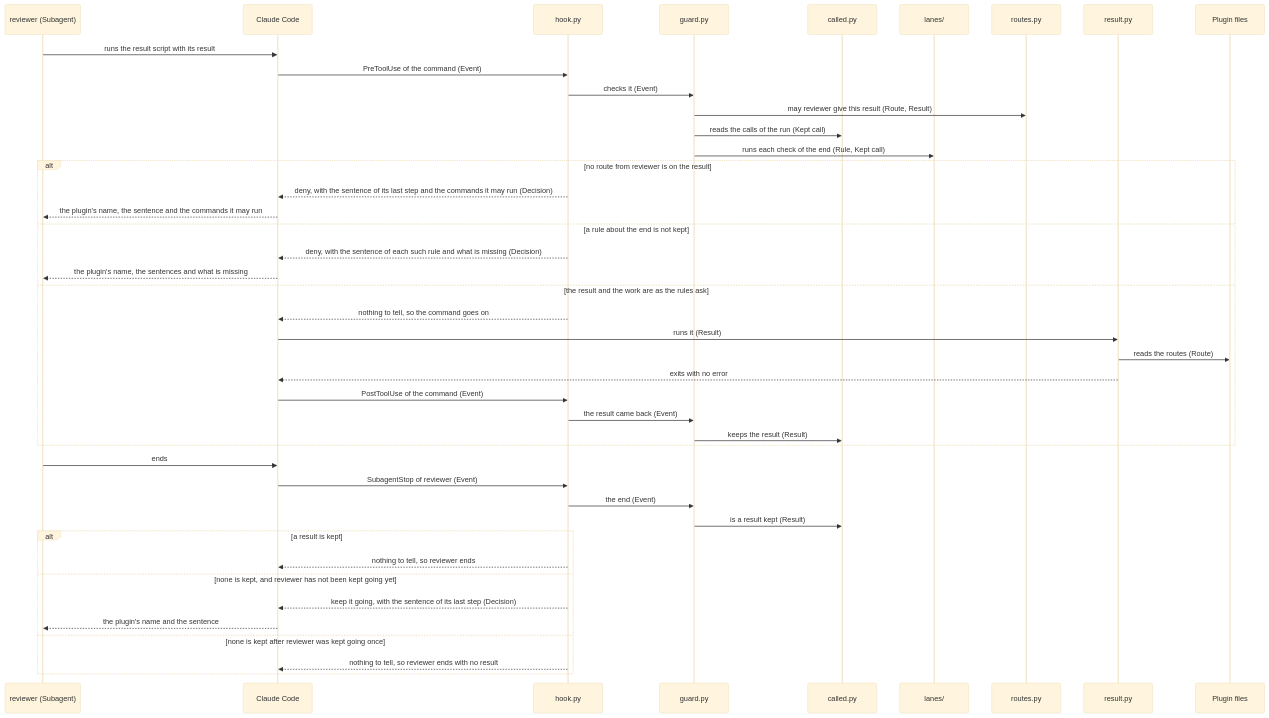
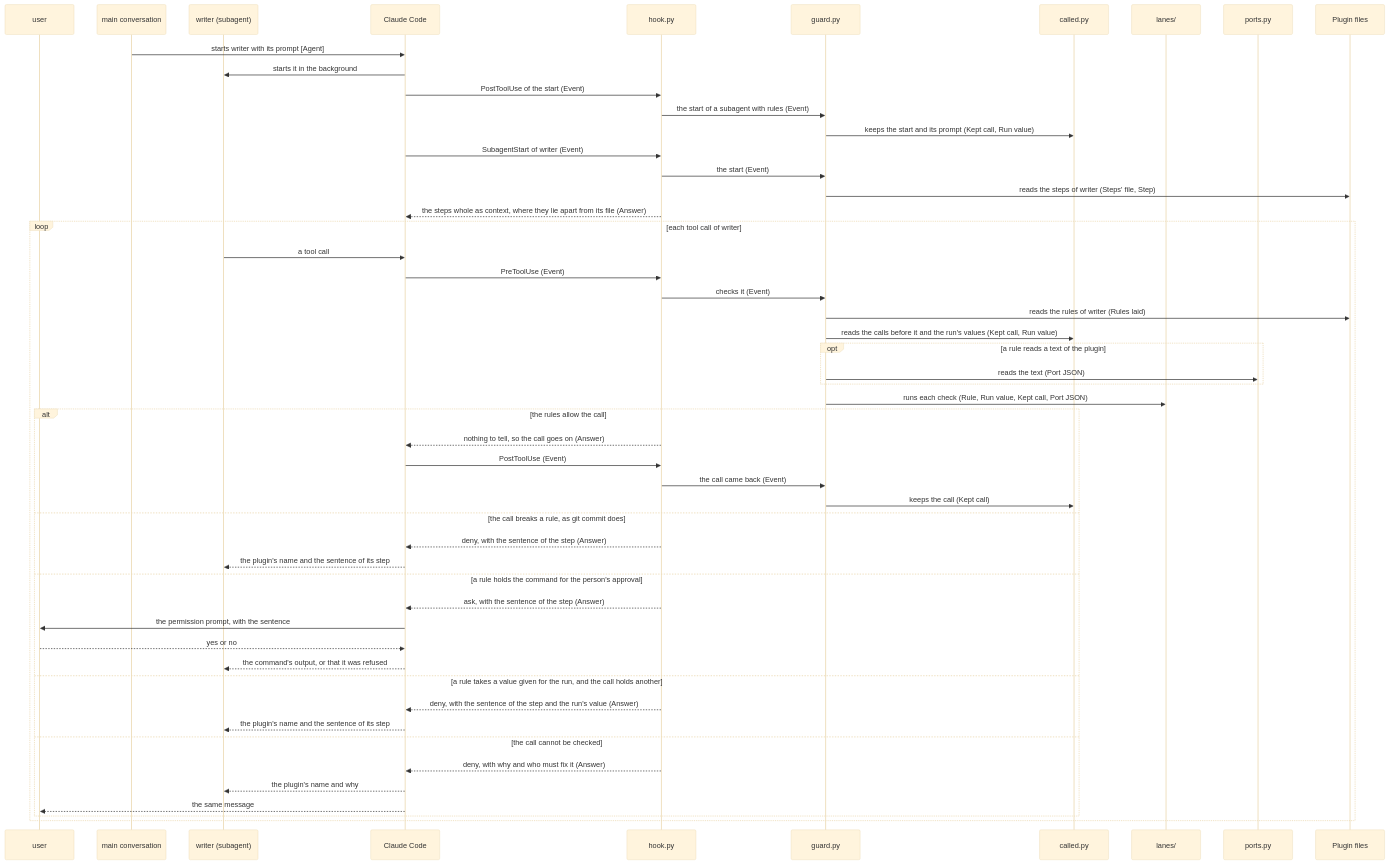
The fourth of 7 diagrams in dev/lane/architecture.md (lovaizu/ccpm), drawn with Mermaid (base theme) before and after one commit. The commit also changed other lines of this file and 5 other files, not shown here.

````diff
--- a/dev/lane/architecture.md
+++ b/dev/lane/architecture.md
@@ -395,45 +446,54 @@
 ```mermaid
 sequenceDiagram
-  participant SA as reviewer (Subagent)
+  participant U as user
+  participant M as main conversation
+  participant SA as writer (subagent)
   participant CC as Claude Code
   participant H as hook.py
   participant G as guard.py
   participant C as called.py
   participant LN as lanes/
-  participant RT as routes.py
-  participant RS as result.py
+  participant PO as ports.py
   participant PF as Plugin files
-  SA->>CC: runs the result script with its result
-  CC->>H: PreToolUse of the command (Event)
-  H->>G: checks it (Event)
-  G->>RT: may reviewer give this result (Route, Result)
-  G->>C: reads the calls of the run (Kept call)
-  G->>LN: runs each check of the end (Rule, Kept call)
-  alt no route from reviewer is on the result
-    H-->>CC: deny, with the sentence of its last step and the commands it may run (Decision)
-    CC-->>SA: the plugin's name, the sentence and the commands it may run
-  else a rule about the end is not kept
-    H-->>CC: deny, with the sentence of each such rule and what is missing (Decision)
-    CC-->>SA: the plugin's name, the sentences and what is missing
-  else the result and the work are as the rules ask
-    H-->>CC: nothing to tell, so the command goes on
-    CC->>RS: runs it (Result)
-    RS->>PF: reads the routes (Route)
-    RS-->>CC: exits with no error
-    CC->>H: PostToolUse of the command (Event)
-    H->>G: the result came back (Event)
-    G->>C: keeps the result (Result)
-  end
-  SA->>CC: ends
-  CC->>H: SubagentStop of reviewer (Event)
-  H->>G: the end (Event)
-  G->>C: is a result kept (Result)
-  alt a result is kept
-    H-->>CC: nothing to tell, so reviewer ends
-  else none is kept, and reviewer has not been kept going yet
-    H-->>CC: keep it going, with the sentence of its last step (Decision)
-    CC-->>SA: the plugin's name and the sentence
-  else none is kept after reviewer was kept going once
-    H-->>CC: nothing to tell, so reviewer ends with no result
+  M->>CC: starts writer with its prompt [Agent]
+  CC->>SA: starts it in the background
+  CC->>H: PostToolUse of the start (Event)
+  H->>G: the start of a subagent with rules (Event)
+  G->>C: keeps the start and its prompt (Kept call, Run value)
+  CC->>H: SubagentStart of writer (Event)
+  H->>G: the start (Event)
+  G->>PF: reads the steps of writer (Steps' file, Step)
+  H-->>CC: the steps whole as context, where they lie apart from its file (Answer)
+  loop each tool call of writer
+    SA->>CC: a tool call
+    CC->>H: PreToolUse (Event)
+    H->>G: checks it (Event)
+    G->>PF: reads the rules of writer (Rules laid)
+    G->>C: reads the calls before it and the run's values (Kept call, Run value)
+    opt a rule reads a text of the plugin
+      G->>PO: reads the text (Port JSON)
+    end
+    G->>LN: runs each check (Rule, Run value, Kept call, Port JSON)
+    alt the rules allow the call
+      H-->>CC: nothing to tell, so the call goes on (Answer)
+      CC->>H: PostToolUse (Event)
+      H->>G: the call came back (Event)
+      G->>C: keeps the call (Kept call)
+    else the call breaks a rule, as git commit does
+      H-->>CC: deny, with the sentence of the step (Answer)
+      CC-->>SA: the plugin's name and the sentence of its step
+    else a rule holds the command for the person's approval
+      H-->>CC: ask, with the sentence of the step (Answer)
+      CC->>U: the permission prompt, with the sentence
+      U-->>CC: yes or no
+      CC-->>SA: the command's output, or that it was refused
+    else a rule takes a value given for the run, and the call holds another
+      H-->>CC: deny, with the sentence of the step and the run's value (Answer)
+      CC-->>SA: the plugin's name and the sentence of its step
+    else the call cannot be checked
+      H-->>CC: deny, with why and who must fix it (Answer)
+      CC-->>SA: the plugin's name and why
+      CC-->>U: the same message
+    end
   end
 ```
````
